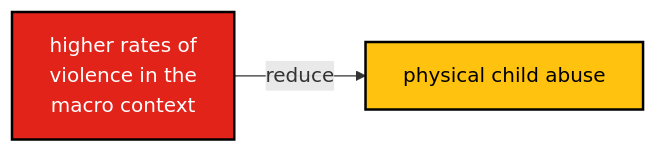
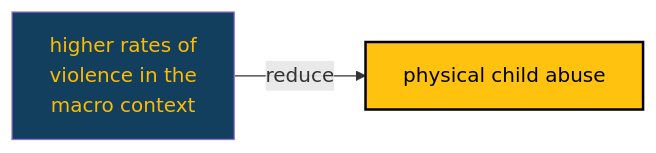
The diagram in MICSPLUS/diagram.md (agrogan1/research), drawn with Mermaid before and after one commit.

````diff
--- a/MICSPLUS/diagram.md
+++ b/MICSPLUS/diagram.md
@@ -1,16 +1,18 @@
 ```mermaid
 
 flowchart LR
 
   classDef yellow fill:#FFC20E,stroke:#000000,stroke-width:2px,color:#000000;
   
   classDef cyan fill:#1CABE2,stroke:#000000,stroke-width:2px,color:#FFFFFF;
   
   classDef red fill:#E2231A,stroke:#000000,stroke-width:2px,color:#FFFFFF;
   
   classDef orange fill:#F26A21,stroke:#000000,stroke-width:2px,color:#FFFFFF;
+
+  classDef tidal fill:#113f5d,color:#FFBB00
   
-  macroviolence[higher rates of \nviolence in the \nmacro context]:::red --> |"reduce"| pabuse[physical child abuse]:::yellow
+  macroviolence[higher rates of \nviolence in the \nmacro context]:::tidal --> |"reduce"| pabuse[physical child abuse]:::yellow
 
 
 ```
````
